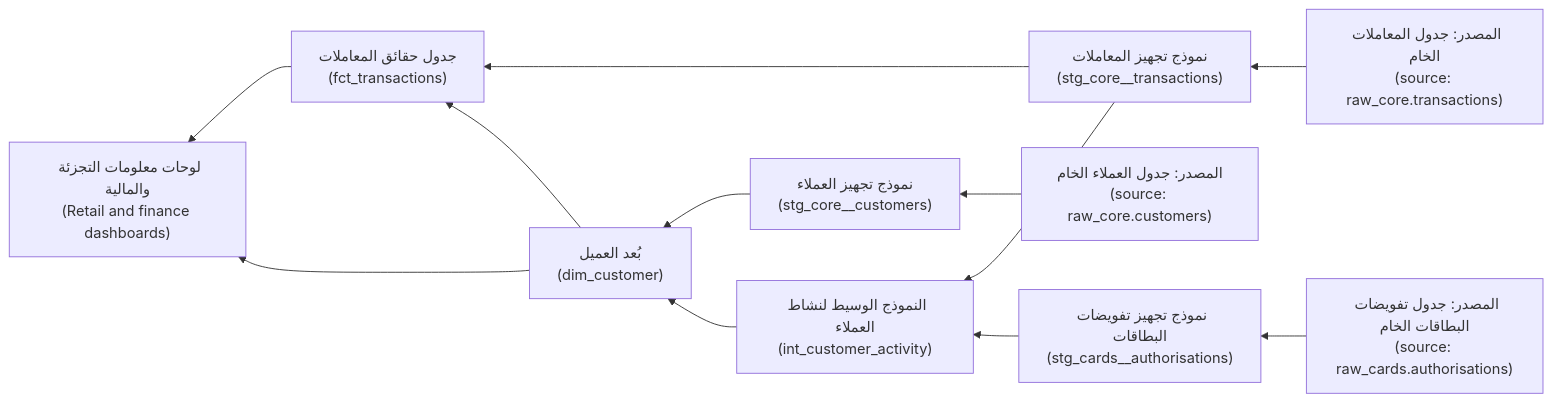
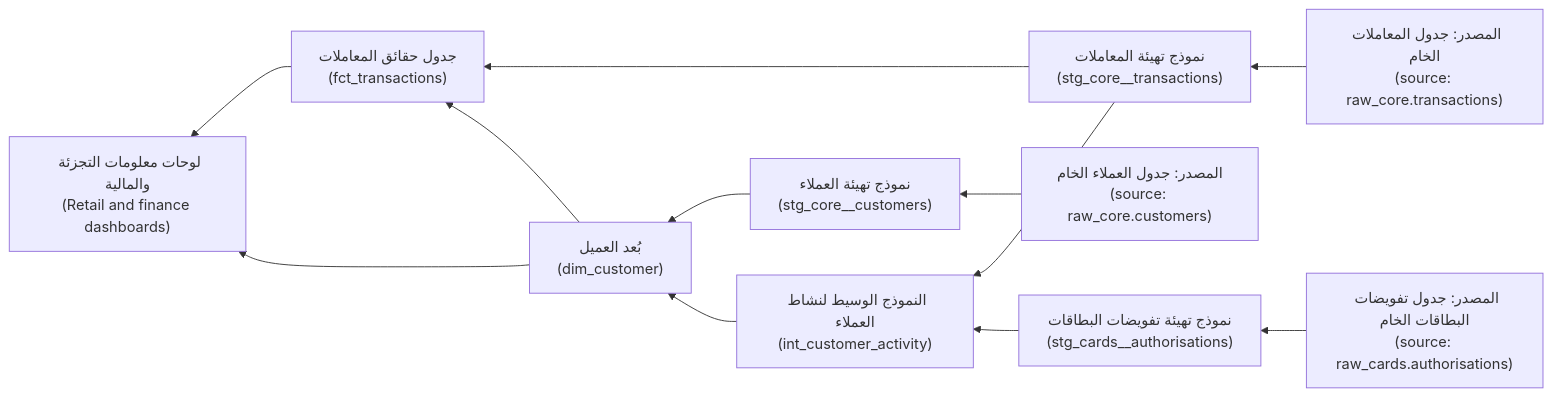
Before and after one commit to Tamoura/system-design-for-vibe-coders: the first of 3 diagrams in data/modules/03-transform-quality.ar.md, drawn with Mermaid. The commit also changed other lines of this file and 551 other files, not shown here.

````diff
--- a/data/modules/03-transform-quality.ar.md
+++ b/data/modules/03-transform-quality.ar.md
@@ -46,14 +46,14 @@
 ```mermaid
 flowchart RL
-    S1["المصدر: جدول المعاملات الخام<br/>(source: raw_core.transactions)"] --> ST1["نموذج تجهيز المعاملات<br/>(stg_core__transactions)"]
-    S2["المصدر: جدول العملاء الخام<br/>(source: raw_core.customers)"] --> ST2["نموذج تجهيز العملاء<br/>(stg_core__customers)"]
-    S3["المصدر: جدول تفويضات البطاقات الخام<br/>(source: raw_cards.authorisations)"] --> ST3["نموذج تجهيز تفويضات البطاقات<br/>(stg_cards__authorisations)"]
+    S1["المصدر: جدول المعاملات الخام<br/>(source: raw_core.transactions)"] --> ST1["نموذج تهيئة المعاملات<br/>(stg_core__transactions)"]
+    S2["المصدر: جدول العملاء الخام<br/>(source: raw_core.customers)"] --> ST2["نموذج تهيئة العملاء<br/>(stg_core__customers)"]
+    S3["المصدر: جدول تفويضات البطاقات الخام<br/>(source: raw_cards.authorisations)"] --> ST3["نموذج تهيئة تفويضات البطاقات<br/>(stg_cards__authorisations)"]
     ST1 --> I1["النموذج الوسيط لنشاط العملاء<br/>(int_customer_activity)"]
     ST3 --> I1
     ST2 --> D1["بُعد العميل<br/>(dim_customer)"]
     I1 --> D1
     ST1 --> F1["جدول حقائق المعاملات<br/>(fct_transactions)"]
     D1 --> F1
     F1 --> E1["لوحات معلومات التجزئة والمالية<br/>(Retail and finance dashboards)"]
     D1 --> E1
 ```
````
